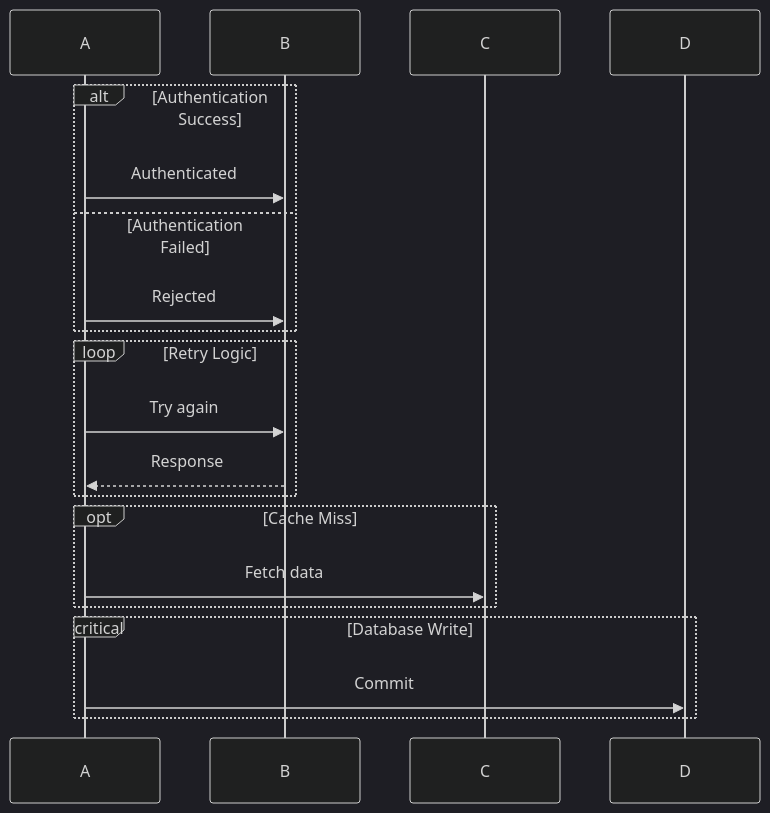
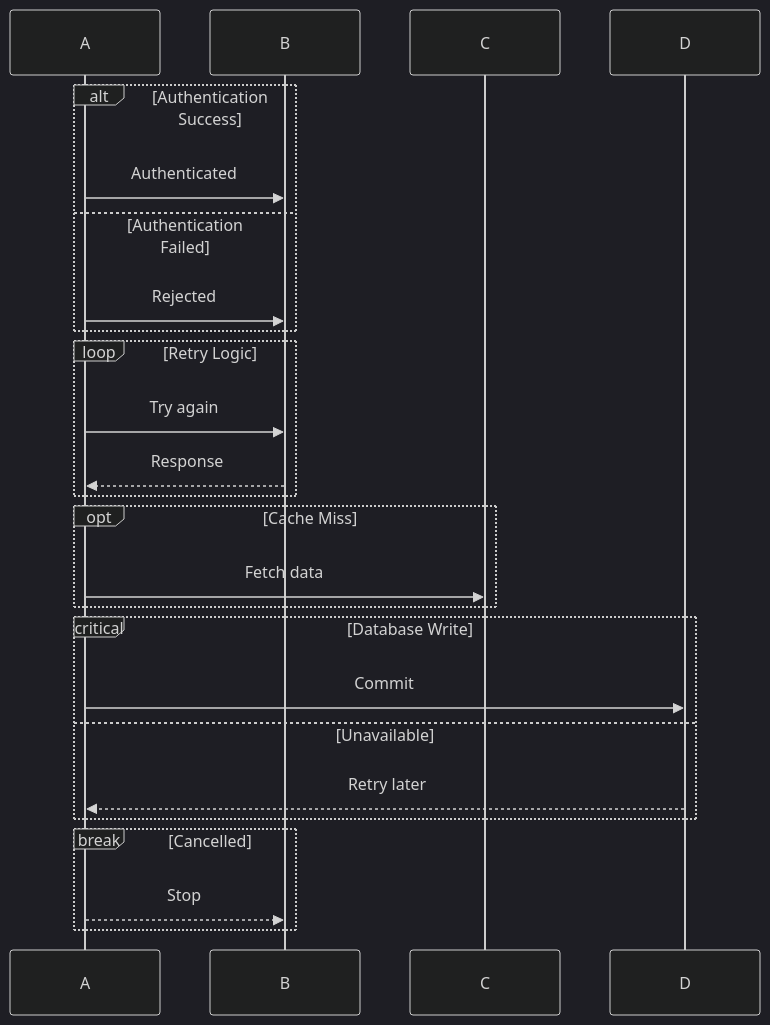
The fourth of 8 diagrams in docs/charting.md (kingwill101/artisanal), drawn with Mermaid (dark theme) before and after one commit. The commit also changed other lines of this file and 596 other files, not shown here.

````diff
--- a/docs/charting.md
+++ b/docs/charting.md
@@ -434,21 +451,27 @@
 ```mermaid
 sequenceDiagram
   alt Authentication Success
     A->>B: Authenticated
   else Authentication Failed
     A->>B: Rejected
   end
 
   loop Retry Logic
     A->>B: Try again
     B-->>A: Response
   end
 
   opt Cache Miss
     A->>C: Fetch data
   end
 
   critical Database Write
     A->>D: Commit
+  option Unavailable
+    D-->>A: Retry later
+  end
+
+  break Cancelled
+    A-->>B: Stop
   end
 ```
````
